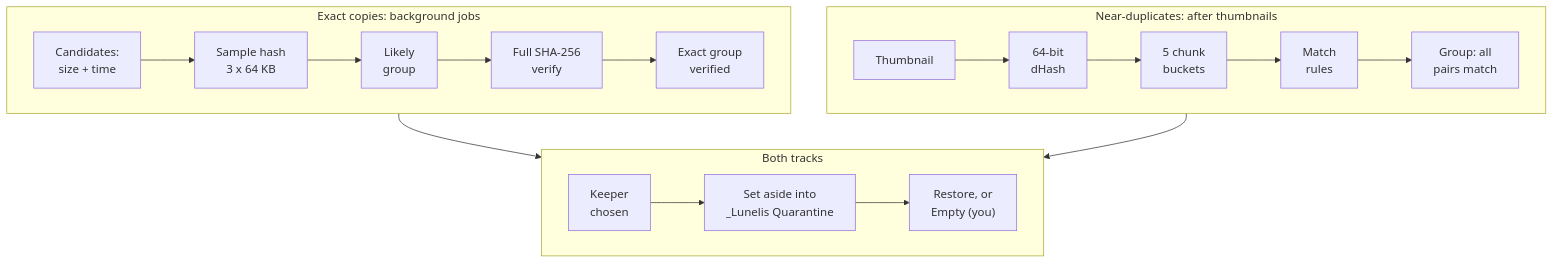
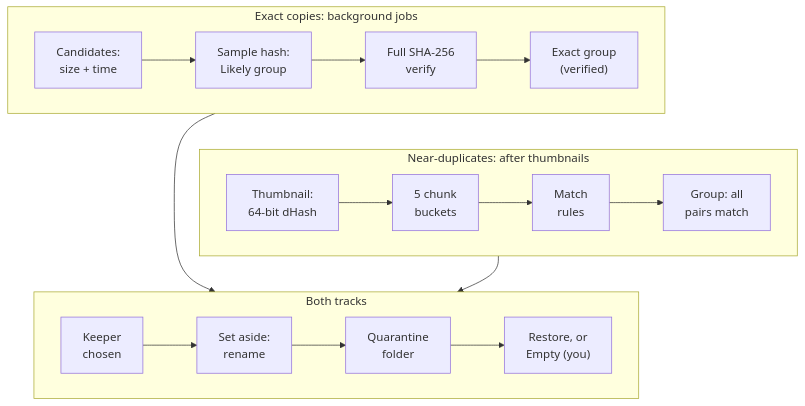
One commit to AxialForge/Lunelis changed the first of 6 diagrams in docs/src/engine-duplicates.md. Above: the diagram before and after it, drawn with Mermaid. The commit also changed other lines of this file and 3 other files, not shown here.

Commit message:
Kit: keep table header and last rows with their neighbours, taller figures, diagram and table guidance in the style guide

````diff
--- a/docs/src/engine-duplicates.md
+++ b/docs/src/engine-duplicates.md
@@ -52,17 +52,18 @@
 ```mermaid Overview: two tracks find and prove candidates; both end at one keeper choice and one reversible quarantine.
 flowchart TB
   subgraph EX["Exact copies: background jobs"]
     direction LR
-    A["Candidates:<br>size + time"] --> B["Sample hash<br>3 x 64 KB"] --> C["Likely<br>group"] --> D["Full SHA-256<br>verify"] --> E["Exact group<br>verified"]
+    A["Candidates:<br>size + time"] --> B["Sample hash:<br>Likely group"] --> C["Full SHA-256<br>verify"] --> D["Exact group<br>(verified)"]
   end
   subgraph NE["Near-duplicates: after thumbnails"]
     direction LR
-    F["Thumbnail"] --> G["64-bit<br>dHash"] --> H["5 chunk<br>buckets"] --> I["Match<br>rules"] --> J["Group: all<br>pairs match"]
+    F["Thumbnail:<br>64-bit dHash"] --> H["5 chunk<br>buckets"] --> I["Match<br>rules"] --> J["Group: all<br>pairs match"]
   end
   subgraph EN["Both tracks"]
     direction LR
-    K["Keeper<br>chosen"] --> L["Set aside into<br>_Lunelis Quarantine"] --> M["Restore, or<br>Empty (you)"]
+    K["Keeper<br>chosen"] --> L["Set aside:<br>rename"] --> M["Quarantine<br>folder"] --> N["Restore, or<br>Empty (you)"]
   end
+  EX ~~~ NE
   EX --> EN
   NE --> EN
 ```
````
